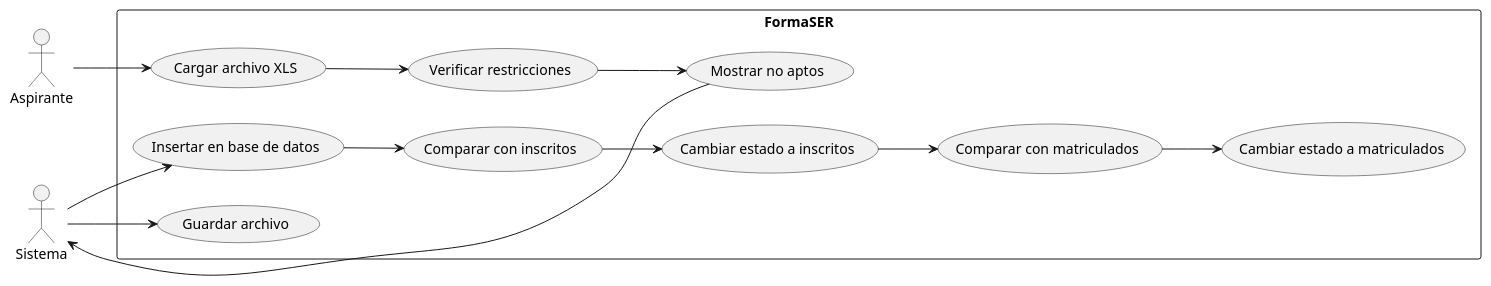
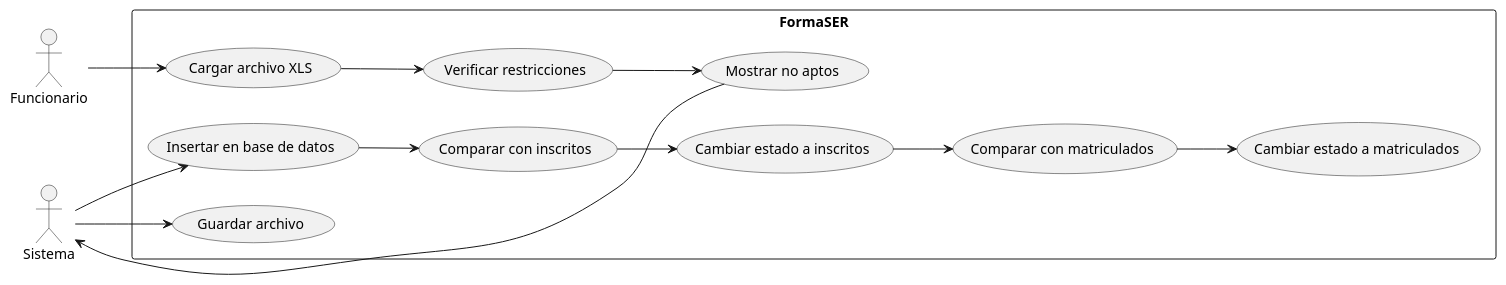
One commit to Larzuck-k/FormaSer changed the diagram in docs/Casos de uso/Caso de uso.wsd. Above: the diagram before and after it, drawn with PlantUML.

Commit message:
Corrección

```diff
--- a/docs/Casos de uso/Caso de uso.wsd
+++ b/docs/Casos de uso/Caso de uso.wsd
@@ -1,27 +1,27 @@
 @startuml
 left to right direction
-actor "Aspirante" as aspirante
+actor "Funcionario" as funcionario
 actor "Sistema" as sistema
 rectangle "FormaSER" {
   usecase "Cargar archivo XLS" as cargar_archivo
   usecase "Verificar restricciones" as verificar_restricciones
   usecase "Mostrar no aptos" as mostrar_no_aptos
   usecase "Guardar archivo" as guardar_archivo
   usecase "Insertar en base de datos" as insertar_bd
   usecase "Comparar con inscritos" as comparar_inscritos
   usecase "Cambiar estado a inscritos" as cambiar_inscritos
   usecase "Comparar con matriculados" as comparar_matriculados
   usecase "Cambiar estado a matriculados" as cambiar_matriculados
 
-  aspirante --> cargar_archivo
+  funcionario --> cargar_archivo
   cargar_archivo --> verificar_restricciones
   verificar_restricciones --> mostrar_no_aptos
   mostrar_no_aptos --> sistema
   sistema --> guardar_archivo
   sistema --> insertar_bd
   insertar_bd --> comparar_inscritos
   comparar_inscritos --> cambiar_inscritos
   cambiar_inscritos --> comparar_matriculados
   comparar_matriculados --> cambiar_matriculados
 }
 @enduml
```
